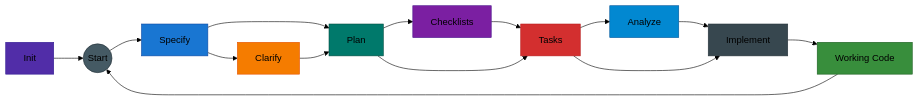
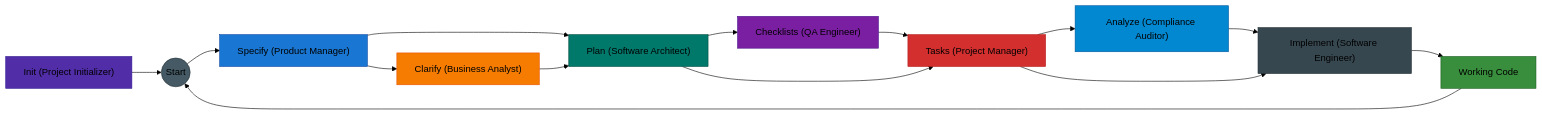
One commit to attilaszasz/sdd-pilot changed the diagram in README.md. Above: the diagram before and after it, drawn with Mermaid (forest theme).

Commit message:
Enhance flowchart in README.md with role-specific labels for clarity

````diff
--- a/README.md
+++ b/README.md
@@ -13,28 +13,28 @@
 ```mermaid
 flowchart LR
-   Init --> Start((Start))
-   Start((Start)) --> S[Specify]
-   S --> P[Plan]
-   S --> C[Clarify]
-   C --> P[Plan]
-   P --> CH[Checklists]
-   CH --> T[Tasks]
-   P --> T[Tasks]
-   T --> A[Analyze]
-   A --> I[Implement]
-   T --> I[Implement]
-   I --> Code[Working Code]
+   Init["Init (Project Initializer)"] --> Start((Start))
+   Start((Start)) --> S["Specify (Product Manager)"]
+   S --> P["Plan (Software Architect)"]
+   S --> C["Clarify (Business Analyst)"]
+   C --> P
+   P --> CH["Checklists (QA Engineer)"]
+   CH --> T["Tasks (Project Manager)"]
+   P --> T
+   T --> A["Analyze (Compliance Auditor)"]
+   A --> I["Implement (Software Engineer)"]
+   T --> I
+   I --> Code["Working Code"]
    Code --> Start
 
    %% Material Design Palette (Weight 700/800 for contrast)
    style Init fill:#512DA8,stroke:#311B92,color:#fff  %% Deep Purple
    style Start fill:#455A64,stroke:#263238,color:#fff %% Blue Grey
    style S fill:#1976D2,stroke:#0D47A1,color:#fff     %% Blue
    style C fill:#F57C00,stroke:#E65100,color:#fff     %% Orange
    style P fill:#00796B,stroke:#004D40,color:#fff     %% Teal
    style CH fill:#7B1FA2,stroke:#4A148C,color:#fff    %% Purple
    style T fill:#D32F2F,stroke:#B71C1C,color:#fff     %% Red
    style A fill:#0288D1,stroke:#01579B,color:#fff     %% Light Blue
    style I fill:#37474F,stroke:#263238,color:#fff     %% Dark Blue Grey
    style Code fill:#388E3C,stroke:#1B5E20,color:#fff  %% Green
 ```
````
